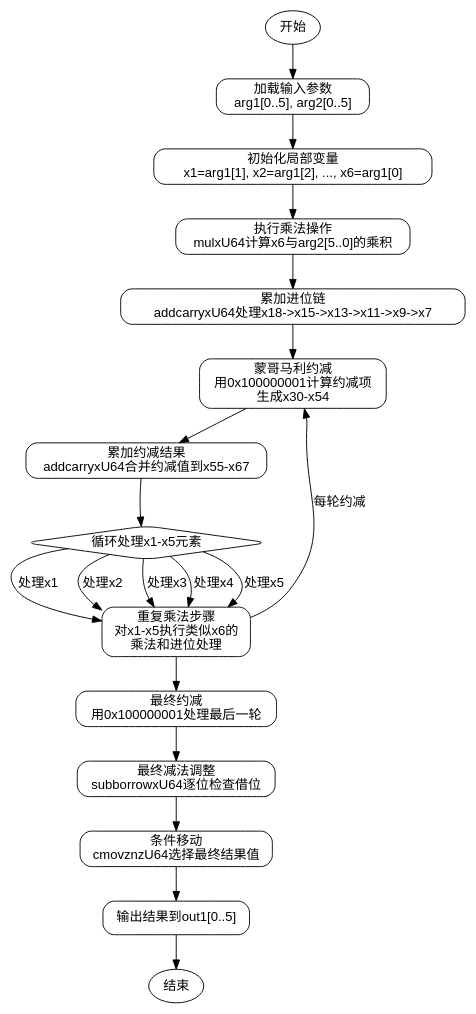
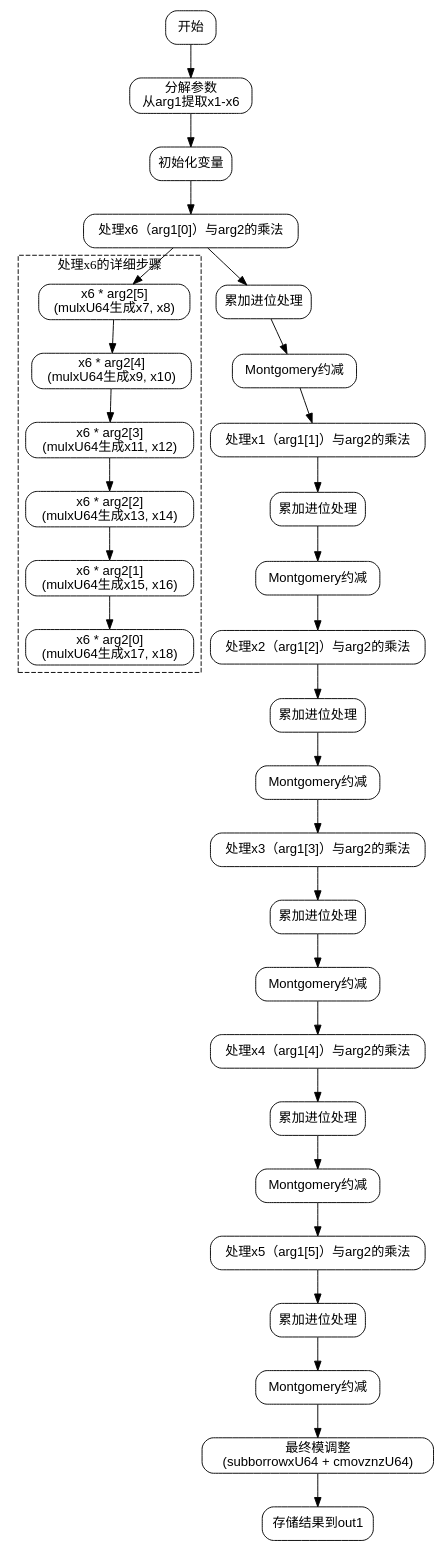
Before and after one commit to sdzx-1/deepseek-zig-reader: the diagram in dot_std/crypto/pcurves/p384/p384_64.zig.mul.md, drawn with Graphviz. The commit also changed other lines of this file and 236 other files, not shown here.

````diff
--- a/dot_std/crypto/pcurves/p384/p384_64.zig.mul.md
+++ b/dot_std/crypto/pcurves/p384/p384_64.zig.mul.md
@@ -23,37 +55,76 @@
 ```dot
 digraph flowchart {
-    node [shape=rectangle, style="rounded", fontname="Helvetica"];
-    edge [fontname="Helvetica"];
+    node [shape=rectangle, style=rounded, fontname=Helvetica];
+    edge [fontname=Helvetica];
 
-    start [label="开始", shape=ellipse];
-    load_args [label="加载输入参数\narg1[0..5], arg2[0..5]"];
-    init_vars [label="初始化局部变量\nx1=arg1[1], x2=arg1[2], ..., x6=arg1[0]"];
-    mul_step1 [label="执行乘法操作\nmulxU64计算x6与arg2[5..0]的乘积"];
-    addcarry_step1 [label="累加进位链\naddcarryxU64处理x18->x15->x13->x11->x9->x7"];
-    montgomery_reduction1 [label="蒙哥马利约减\n用0x100000001计算约减项\n生成x30-x54"];
-    accumulate1 [label="累加约减结果\naddcarryxU64合并约减值到x55-x67"];
-    loop_process [label="循环处理x1-x5元素", shape=diamond];
-    mul_steps [label="重复乘法步骤\n对x1-x5执行类似x6的\n乘法和进位处理"];
-    final_reduction [label="最终约减\n用0x100000001处理最后一轮"];
-    sub_borrow [label="最终减法调整\nsubborrowxU64逐位检查借位"];
-    cmovznz [label="条件移动\ncmovznzU64选择最终结果值"];
-    output [label="输出结果到out1[0..5]"];
-    end [label="结束", shape=ellipse];
+    start [label="开始"];
+    decompose_args [label="分解参数\n从arg1提取x1-x6"];
+    init_vars [label="初始化变量"];
+    process_x6 [label="处理x6（arg1[0]）与arg2的乘法"];
+    add_carries_x6 [label="累加进位处理"];
+    montgomery_reduce_x6 [label="Montgomery约减"];
+    process_x1 [label="处理x1（arg1[1]）与arg2的乘法"];
+    add_carries_x1 [label="累加进位处理"];
+    montgomery_reduce_x1 [label="Montgomery约减"];
+    process_x2 [label="处理x2（arg1[2]）与arg2的乘法"];
+    add_carries_x2 [label="累加进位处理"];
+    montgomery_reduce_x2 [label="Montgomery约减"];
+    process_x3 [label="处理x3（arg1[3]）与arg2的乘法"];
+    add_carries_x3 [label="累加进位处理"];
+    montgomery_reduce_x3 [label="Montgomery约减"];
+    process_x4 [label="处理x4（arg1[4]）与arg2的乘法"];
+    add_carries_x4 [label="累加进位处理"];
+    montgomery_reduce_x4 [label="Montgomery约减"];
+    process_x5 [label="处理x5（arg1[5]）与arg2的乘法"];
+    add_carries_x5 [label="累加进位处理"];
+    montgomery_reduce_x5 [label="Montgomery约减"];
+    final_adjust [label="最终模调整\n(subborrowxU64 + cmovznzU64)"];
+    output [label="存储结果到out1"];
 
-    start -> load_args -> init_vars -> mul_step1 -> addcarry_step1;
-    addcarry_step1 -> montgomery_reduction1 -> accumulate1;
-    accumulate1 -> loop_process;
-    loop_process -> mul_steps [label="处理x1"];
-    mul_steps -> montgomery_reduction1 [label="每轮约减"];
-    loop_process -> mul_steps [label="处理x2"];
-    loop_process -> mul_steps [label="处理x3"];
-    loop_process -> mul_steps [label="处理x4"];
-    loop_process -> mul_steps [label="处理x5"];
-    mul_steps -> final_reduction -> sub_borrow -> cmovznz -> output -> end;
+    start -> decompose_args;
+    decompose_args -> init_vars;
+    init_vars -> process_x6;
     
-    // 隐藏重复连接线
-    edge [style=invis];
-    montgomery_reduction1 -> loop_process;
-    accumulate1 -> loop_process;
+    process_x6 -> add_carries_x6;
+    add_carries_x6 -> montgomery_reduce_x6;
+    
+    montgomery_reduce_x6 -> process_x1;
+    process_x1 -> add_carries_x1;
+    add_carries_x1 -> montgomery_reduce_x1;
+    
+    montgomery_reduce_x1 -> process_x2;
+    process_x2 -> add_carries_x2;
+    add_carries_x2 -> montgomery_reduce_x2;
+    
+    montgomery_reduce_x2 -> process_x3;
+    process_x3 -> add_carries_x3;
+    add_carries_x3 -> montgomery_reduce_x3;
+    
+    montgomery_reduce_x3 -> process_x4;
+    process_x4 -> add_carries_x4;
+    add_carries_x4 -> montgomery_reduce_x4;
+    
+    montgomery_reduce_x4 -> process_x5;
+    process_x5 -> add_carries_x5;
+    add_carries_x5 -> montgomery_reduce_x5;
+    
+    montgomery_reduce_x5 -> final_adjust;
+    final_adjust -> output;
+    
+    // 子步骤展开示例（以process_x6为例）
+    subgraph cluster_x6 {
+        label="处理x6的详细步骤";
+        style=dashed;
+        mul_arg2_5 [label="x6 * arg2[5]\n(mulxU64生成x7, x8)"];
+        mul_arg2_4 [label="x6 * arg2[4]\n(mulxU64生成x9, x10)"];
+        mul_arg2_3 [label="x6 * arg2[3]\n(mulxU64生成x11, x12)"];
+        mul_arg2_2 [label="x6 * arg2[2]\n(mulxU64生成x13, x14)"];
+        mul_arg2_1 [label="x6 * arg2[1]\n(mulxU64生成x15, x16)"];
+        mul_arg2_0 [label="x6 * arg2[0]\n(mulxU64生成x17, x18)"];
+        
+        mul_arg2_5 -> mul_arg2_4 -> mul_arg2_3 -> mul_arg2_2 -> mul_arg2_1 -> mul_arg2_0;
+    }
+    
+    process_x6 -> mul_arg2_5 [lhead=cluster_x6];
 }
-```
+``` 
````
